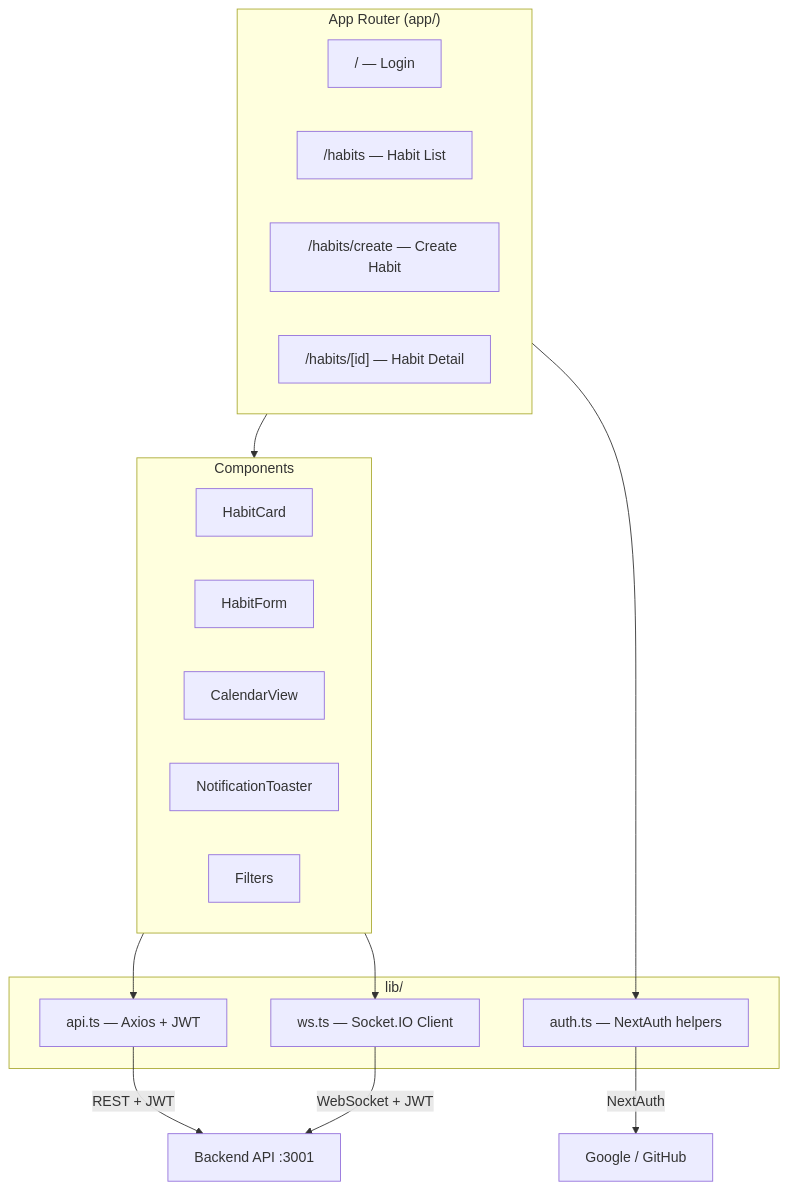
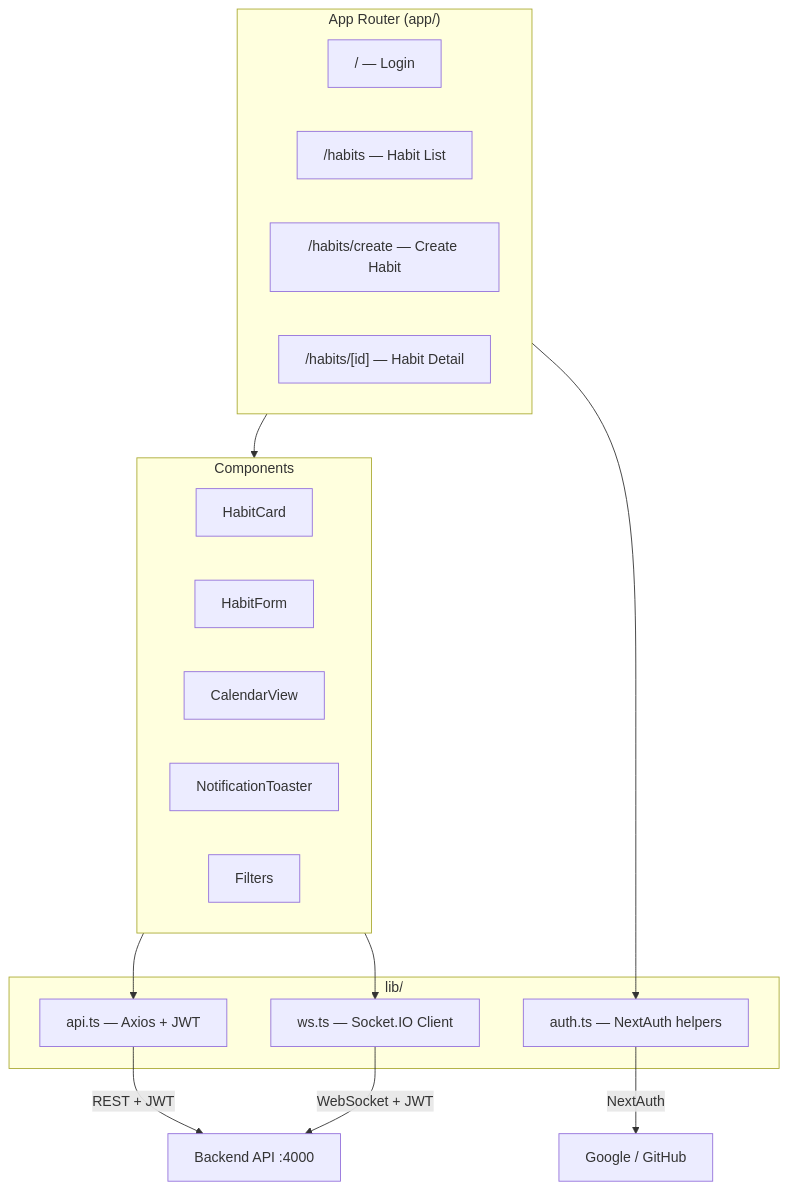
One commit to 1K0t/habit-tracker-with-streaks changed the diagram in frontend/README.md. Above: the diagram before and after it, drawn with Mermaid. The commit also changed other lines of this file and 37 other files, not shown here.

````diff
--- a/frontend/README.md
+++ b/frontend/README.md
@@ -17,28 +17,28 @@
 ```mermaid
 graph TD
     subgraph Pages["App Router (app/)"]
         Login["/ — Login"]
         List["/habits — Habit List"]
         Create["/habits/create — Create Habit"]
         Detail["/habits/[id] — Habit Detail"]
     end
 
     subgraph Components
         HabitCard
         HabitForm
         CalendarView
         NotificationToaster
         Filters
     end
 
     subgraph Services["lib/"]
         APIClient["api.ts — Axios + JWT"]
         WSClient["ws.ts — Socket.IO Client"]
         AuthLib["auth.ts — NextAuth helpers"]
     end
 
     Pages --> Components
-    Components --> APIClient -->|REST + JWT| Backend["Backend API :3001"]
+    Components --> APIClient -->|REST + JWT| Backend["Backend API :4000"]
     Components --> WSClient -->|WebSocket + JWT| Backend
     Pages --> AuthLib -->|NextAuth| OAuth["Google / GitHub"]
 ```
````
